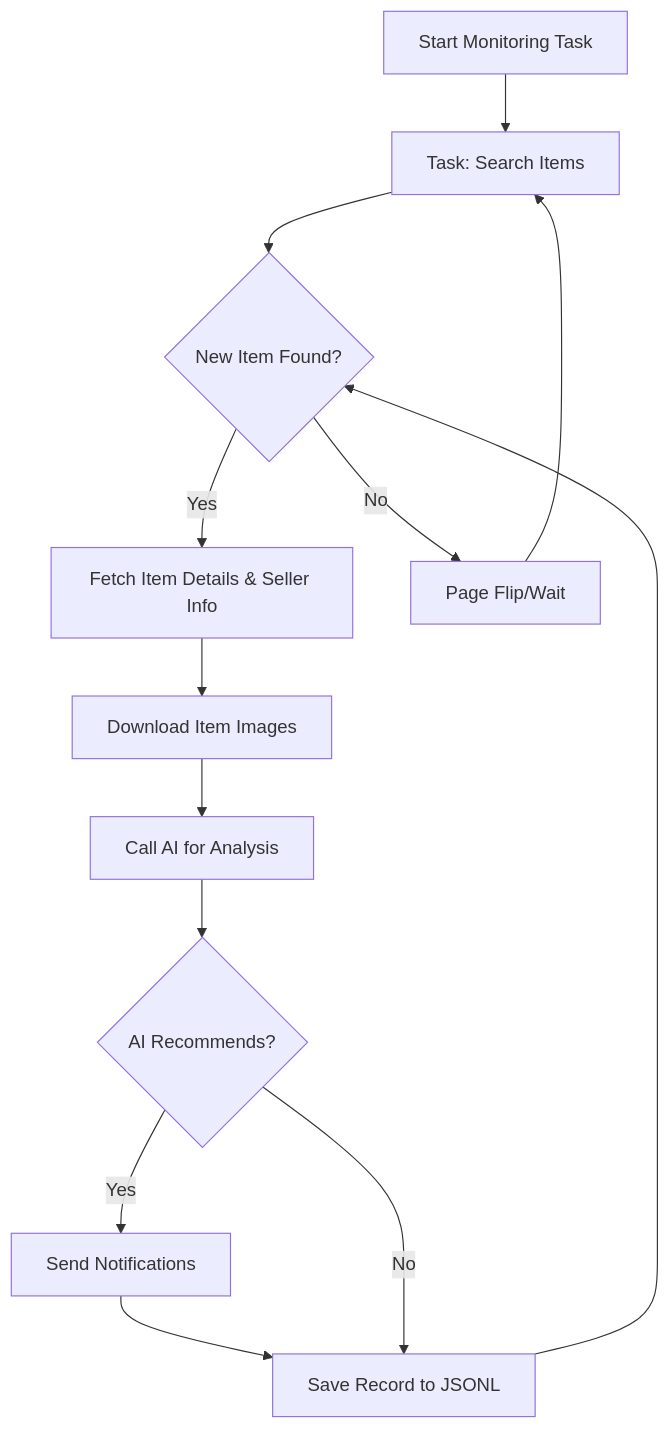
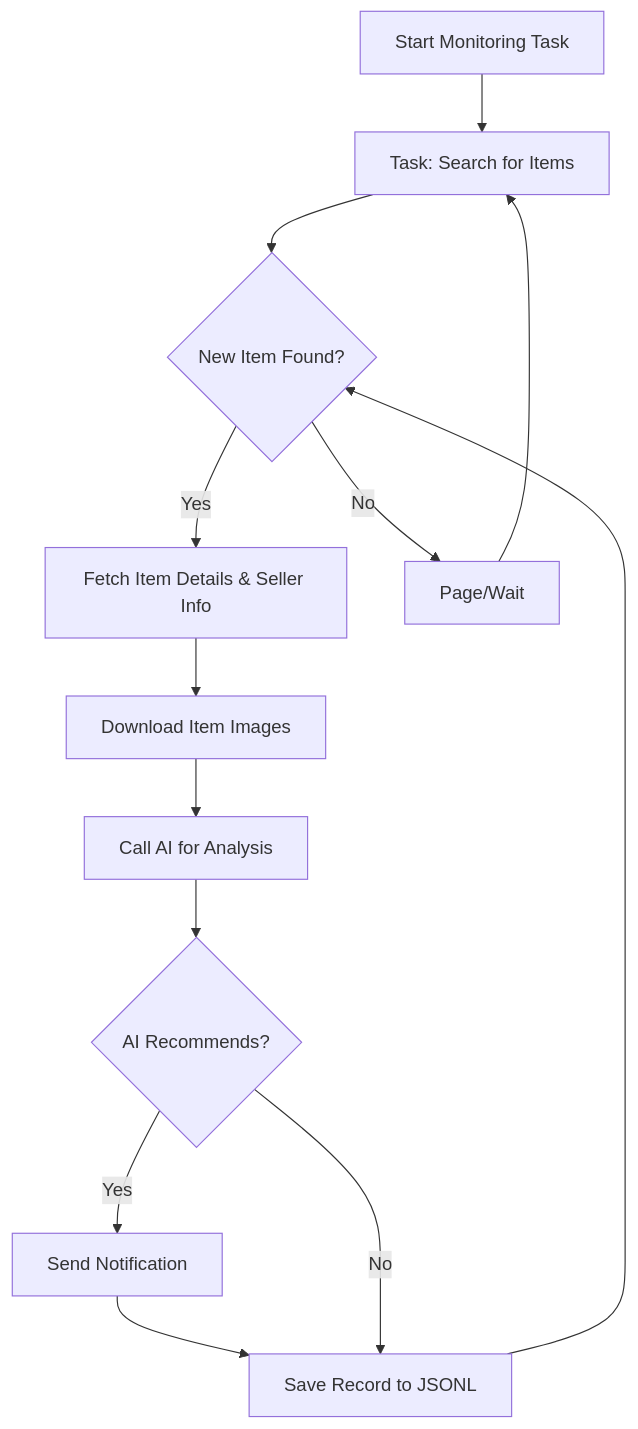
Before and after one commit to saurav-z/repo-docs: the diagram in docs/dingyufei615-ai-goofish-monitor.md, drawn with Mermaid. The commit also changed other lines of this file and 210 other files, not shown here.

````diff
--- a/docs/dingyufei615-ai-goofish-monitor.md
+++ b/docs/dingyufei615-ai-goofish-monitor.md
@@ -193,15 +218,15 @@
 ```mermaid
 graph TD
-    A[Start Monitoring Task] --> B[Task: Search Items];
+    A[Start Monitoring Task] --> B[Task: Search for Items];
     B --> C{New Item Found?};
     C -- Yes --> D[Fetch Item Details & Seller Info];
     D --> E[Download Item Images];
     E --> F[Call AI for Analysis];
     F --> G{AI Recommends?};
-    G -- Yes --> H[Send Notifications];
+    G -- Yes --> H[Send Notification];
     H --> I[Save Record to JSONL];
     G -- No --> I;
-    C -- No --> J[Page Flip/Wait];
+    C -- No --> J[Page/Wait];
     J --> B;
     I --> C;
 ```
````
